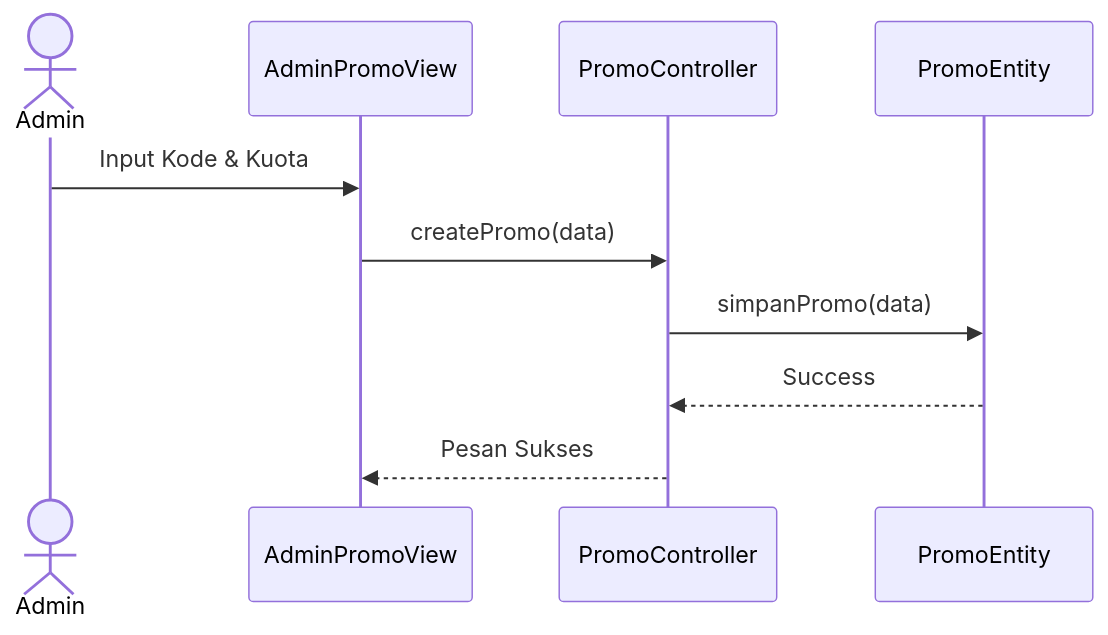
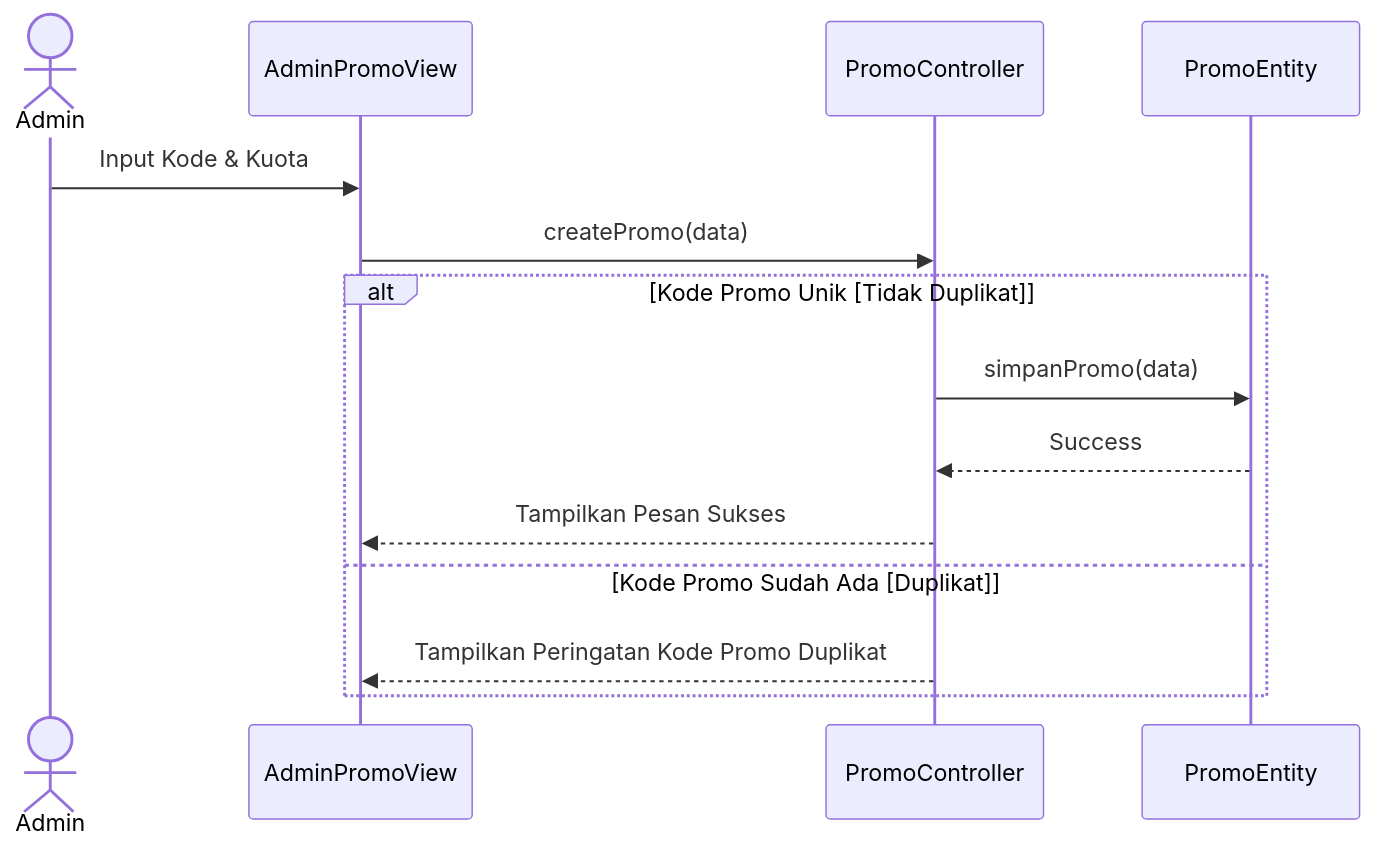
One commit to impal-kelompok-4/pos-tiket-standup changed diagram 19 of 27 in docs/Tugas 1 - DPPL SISTEM PEMESANAN TIKET.md. Above: the diagram before and after it, drawn with Mermaid. The commit also changed other lines of this file and 28 other files, not shown here.

````diff
--- a/docs/Tugas 1 - DPPL SISTEM PEMESANAN TIKET.md
+++ b/docs/Tugas 1 - DPPL SISTEM PEMESANAN TIKET.md
@@ -762,12 +800,16 @@
 ```mermaid
 sequenceDiagram
     actor Admin
     participant AdminPromoView
     participant PromoController
     participant PromoEntity
     Admin->>AdminPromoView: Input Kode & Kuota
     AdminPromoView->>PromoController: createPromo(data)
-    PromoController->>PromoEntity: simpanPromo(data)
-    PromoEntity-->>PromoController: Success
-    PromoController-->>AdminPromoView: Pesan Sukses
+    alt Kode Promo Unik [Tidak Duplikat]
+        PromoController->>PromoEntity: simpanPromo(data)
+        PromoEntity-->>PromoController: Success
+        PromoController-->>AdminPromoView: Tampilkan Pesan Sukses
+    else Kode Promo Sudah Ada [Duplikat]
+        PromoController-->>AdminPromoView: Tampilkan Peringatan Kode Promo Duplikat
+    end
 ```
````
